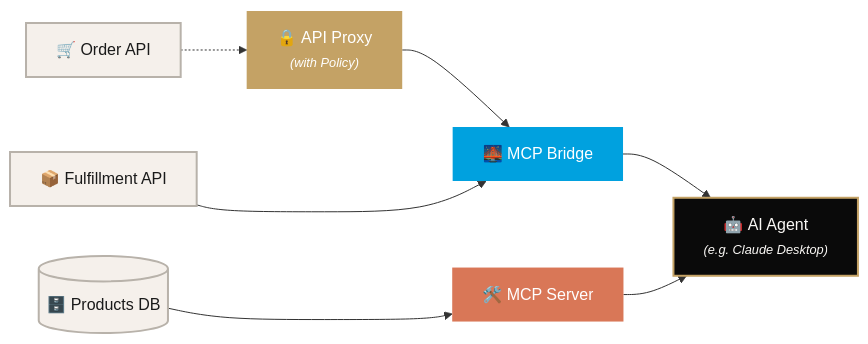
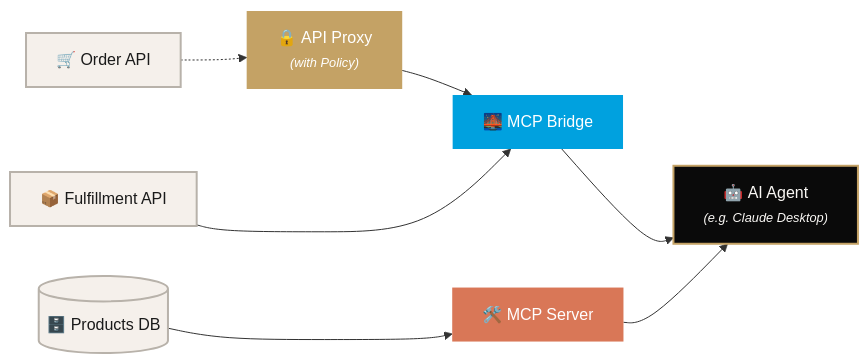
The diagram in slides.md (victorbahl/lvmh-hk-integration-mule-restitution), drawn with Mermaid before and after one commit. The commit also changed other lines of this file and 3 other files, not shown here.

First line of the commit message:
Add interactive Build Plan & Architecture slide with SVG diagram

````diff
--- a/slides.md
+++ b/slides.md
@@ -201,21 +92,26 @@
 ```mermaid {theme: 'base', themeVariables: {primaryColor: '#F5F0EB', primaryTextColor: '#1A1A1A', lineColor: '#B8B2AA'}, scale: 0.85}
 graph LR
-  OA["🛒&nbsp;Order API"] -.-> PX["🔒&nbsp;API Proxy<br/><i style='font-size:0.8em'>(with Policy)</i>"]
-  PX --> BR["🌉&nbsp;MCP Bridge"]
+  OA["🛒&nbsp;Order API"] ~~~ PX["🔒&nbsp;API Proxy<br/><i style='font-size:0.8em'>(with Policy)</i>"] ~~~ BR["🌉&nbsp;MCP Bridge"]
   FA["📦&nbsp;Fulfillment API"] ~~~ PH2[ ] ~~~ BR
+  DB[("🗄️&nbsp;Products DB")] ~~~ PH3[ ] ~~~ MS["🛠️&nbsp;MCP Server"]
+  BR ~~~ AG["🤖&nbsp;AI Agent<br/><i style='font-size:0.8em'>(e.g. Claude Desktop)</i>"]
+  MS ~~~ AG
+  OA -.-> PX
+  PX --> BR
+  OA --> BR
   FA --> BR
-  DB[("🗄️&nbsp;Products DB")] ~~~ PH3[ ] ~~~ MS["🛠️&nbsp;MCP Server"]
   DB --> MS
-  BR --> AG["🤖&nbsp;AI Agent<br/><i style='font-size:0.8em'>(e.g. Claude Desktop)</i>"]
+  BR --> AG
   MS --> AG
 
   style OA fill:#F5F0EB,color:#1A1A1A,stroke:#B8B2AA,stroke-width:2px
   style FA fill:#F5F0EB,color:#1A1A1A,stroke:#B8B2AA,stroke-width:2px
   style DB fill:#F5F0EB,color:#1A1A1A,stroke:#B8B2AA,stroke-width:2px
   style BR fill:#00A1DF,color:#fff,stroke:none
   style MS fill:#D97757,color:#fff,stroke:none
   style AG fill:#0A0A0A,color:#FAF8F5,stroke:#C4A265,stroke-width:2px
   style PX fill:#C4A265,color:#fff,stroke:none
   style PH2 fill:none,stroke:none,color:transparent
   style PH3 fill:none,stroke:none,color:transparent
+  linkStyle 10 stroke:none
 ```
````
